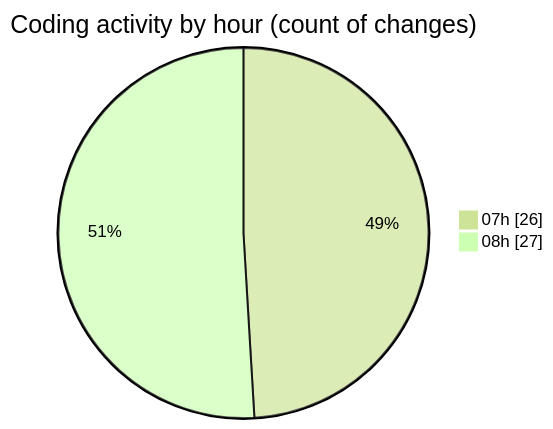
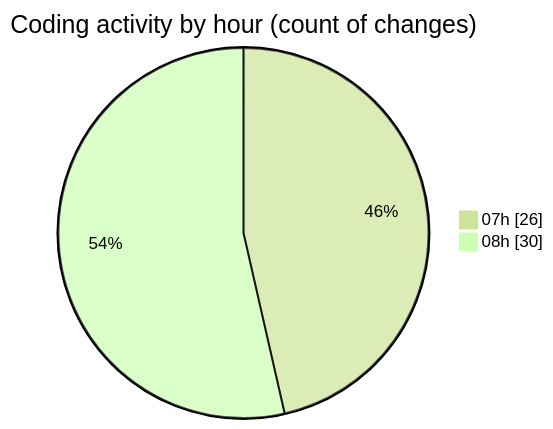
One commit to vahidmafi/code-tracking changed the second of 2 diagrams in 2025-10-04/shop/README.md. Above: the diagram before and after it, drawn with Mermaid (forest theme). The commit also changed other lines of this file and 1 other file, not shown here.

````diff
--- a/2025-10-04/shop/README.md
+++ b/2025-10-04/shop/README.md
@@ -45,6 +45,6 @@
 ```mermaid
 pie showData
 title Coding activity by hour (count of changes)
 "07h" : 26
-"08h" : 27
+"08h" : 30
 ```
````
